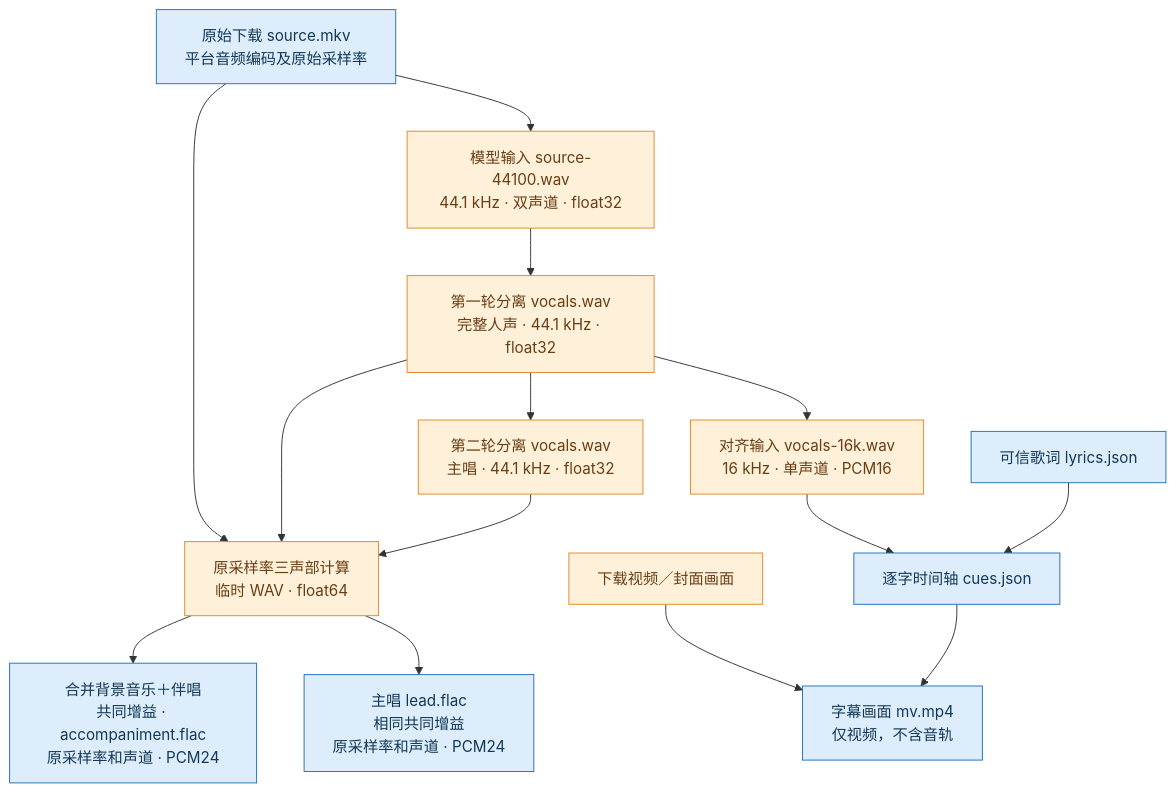
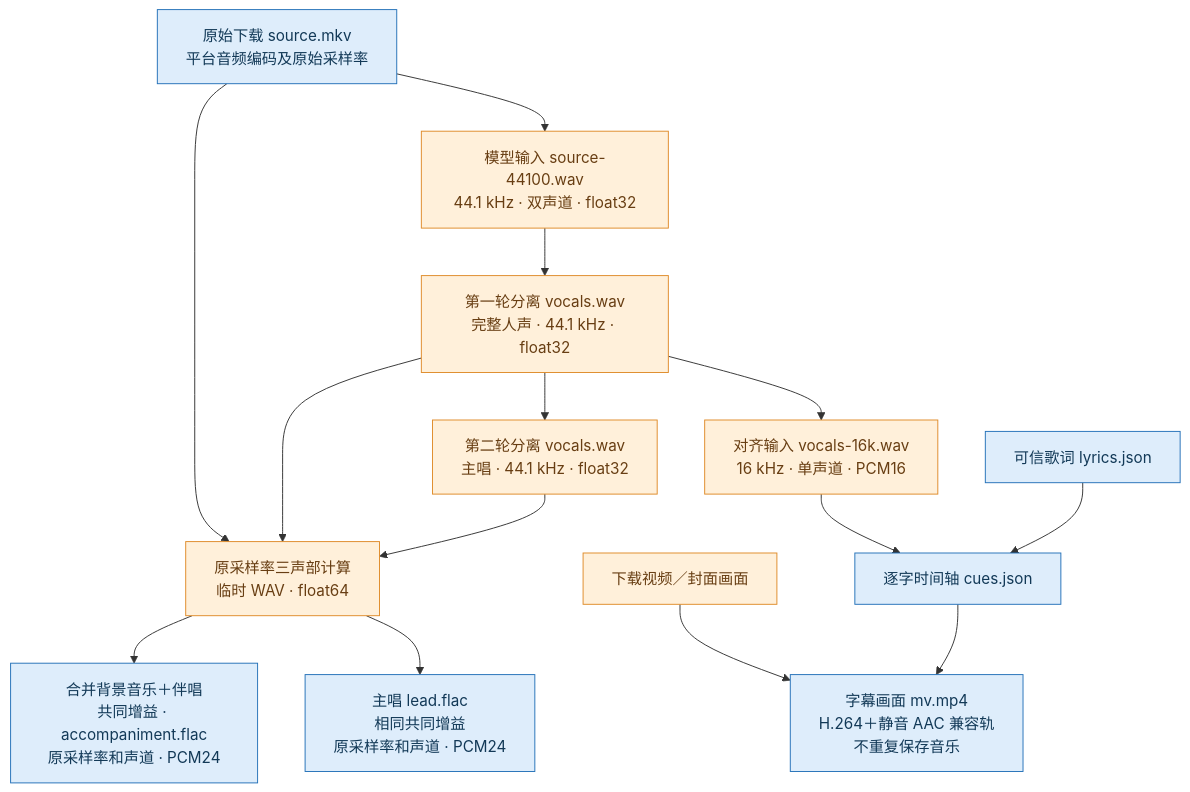
The diagram in karaoke/docs/processing.md (Thebearcoding/karaoke), drawn with Mermaid before and after one commit. The commit also changed other lines of this file and 8 other files, not shown here.

````diff
--- a/karaoke/docs/processing.md
+++ b/karaoke/docs/processing.md
@@ -5,27 +5,27 @@
 ```mermaid
 flowchart TD
   S["原始下载 source.mkv<br/>平台音频编码及原始采样率"]:::keep
   D["模型输入 source-44100.wav<br/>44.1 kHz · 双声道 · float32"]:::temp
   V["第一轮分离 vocals.wav<br/>完整人声 · 44.1 kHz · float32"]:::temp
   L["第二轮分离 vocals.wav<br/>主唱 · 44.1 kHz · float32"]:::temp
   A["对齐输入 vocals-16k.wav<br/>16 kHz · 单声道 · PCM16"]:::temp
   T["可信歌词 lyrics.json"]:::keep
   C["逐字时间轴 cues.json"]:::keep
   W["原采样率三声部计算<br/>临时 WAV · float64"]:::temp
   B["合并背景音乐＋伴唱<br/>共同增益 · accompaniment.flac<br/>原采样率和声道 · PCM24"]:::keep
   F["主唱 lead.flac<br/>相同共同增益<br/>原采样率和声道 · PCM24"]:::keep
   P["下载视频／封面画面"]:::temp
-  M["字幕画面 mv.mp4<br/>仅视频，不含音轨"]:::keep
+  M["字幕画面 mv.mp4<br/>H.264＋静音 AAC 兼容轨<br/>不重复保存音乐"]:::keep
   S --> D --> V --> L
   V --> A --> C
   T --> C
   S --> W
   V --> W
   L --> W
   W --> B
   W --> F
   P --> M
   C --> M
   classDef keep fill:#deedfb,stroke:#2471b8,color:#123957
   classDef temp fill:#fff0da,stroke:#df8b29,color:#683e13
 ```
````
